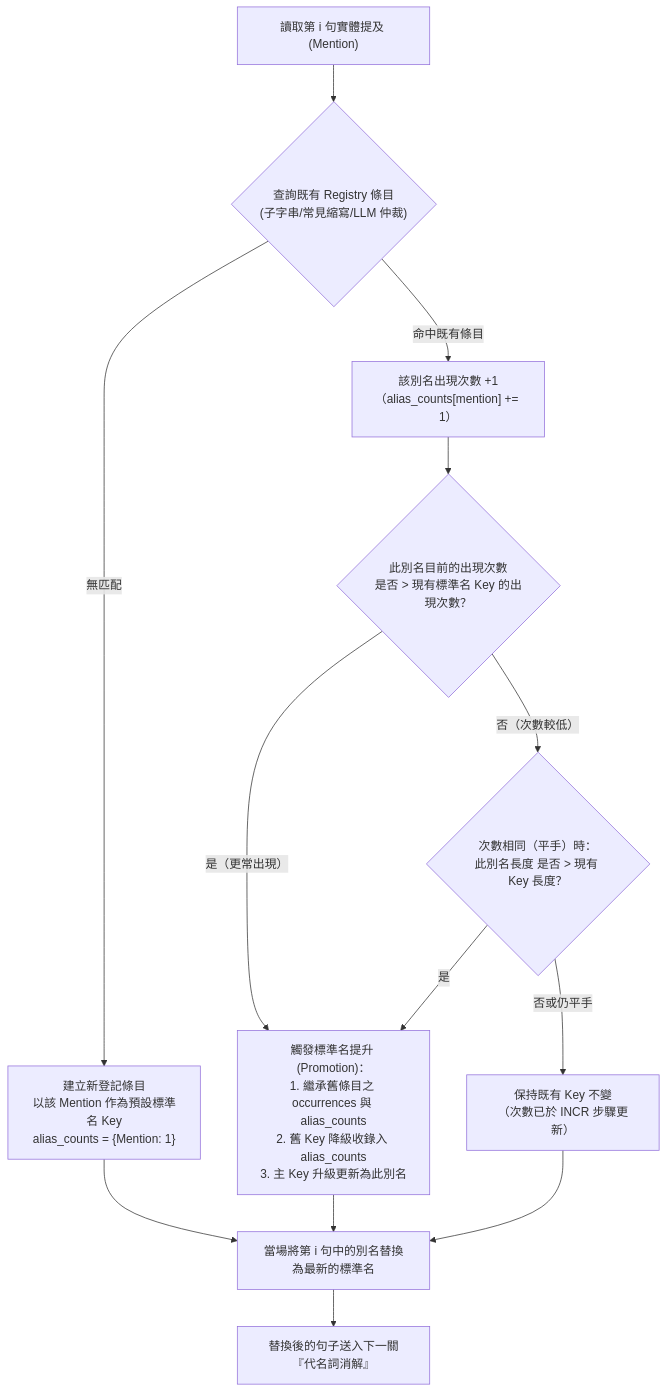
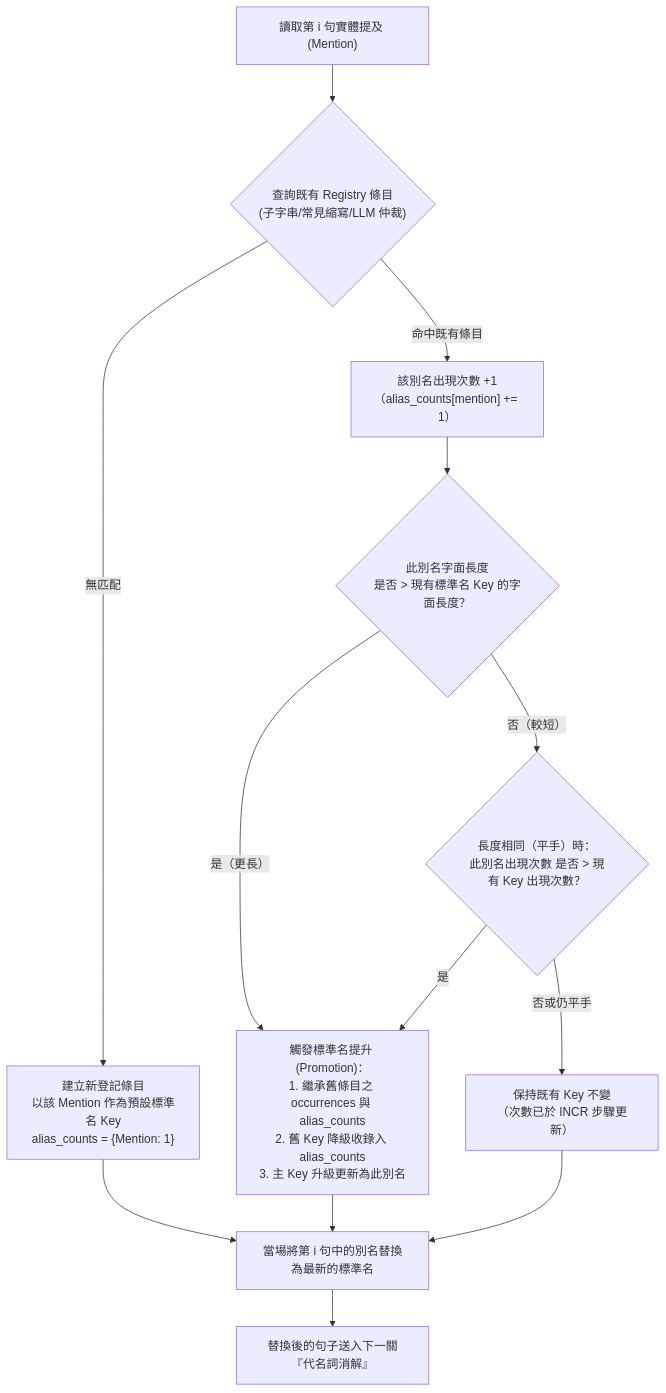
One commit to Chester930/world-knowledge-graph-rag changed the diagram in docs/報告/09_實體別名登記與動態標準名提升機制設計報告.md. Above: the diagram before and after it, drawn with Mermaid. The commit also changed other lines of this file and 6 other files, not shown here.

````diff
--- a/docs/報告/09_實體別名登記與動態標準名提升機制設計報告.md
+++ b/docs/報告/09_實體別名登記與動態標準名提升機制設計報告.md
@@ -57,19 +61,19 @@
 ```mermaid
 flowchart TD
     S["讀取第 i 句實體提及 (Mention)"] --> MATCH{"查詢既有 Registry 條目<br/>(子字串/常見縮寫/LLM 仲裁)"}
     
     MATCH -- "無匹配" --> NEW["建立新登記條目<br/>以該 Mention 作為預設標準名 Key<br/>alias_counts = {Mention: 1}"]
     MATCH -- "命中既有條目" --> INCR["該別名出現次數 +1<br/>（alias_counts[mention] += 1）"]
-    INCR --> COMPARE{"此別名目前的出現次數<br/>是否 > 現有標準名 Key 的出現次數？"}
+    INCR --> COMPARE{"此別名字面長度<br/>是否 > 現有標準名 Key 的字面長度？"}
     
-    COMPARE -- "是（更常出現）" --> PROMOTE["觸發標準名提升 (Promotion)：<br/>1. 繼承舊條目之 occurrences 與 alias_counts<br/>2. 舊 Key 降級收錄入 alias_counts<br/>3. 主 Key 升級更新為此別名"]
-    COMPARE -- "否（次數較低）" --> TIELEN{"次數相同（平手）時：<br/>此別名長度 是否 > 現有 Key 長度？"}
-    TIELEN -- "是" --> PROMOTE
-    TIELEN -- "否或仍平手" --> KEEP["保持既有 Key 不變<br/>（次數已於 INCR 步驟更新）"]
+    COMPARE -- "是（更長）" --> PROMOTE["觸發標準名提升 (Promotion)：<br/>1. 繼承舊條目之 occurrences 與 alias_counts<br/>2. 舊 Key 降級收錄入 alias_counts<br/>3. 主 Key 升級更新為此別名"]
+    COMPARE -- "否（較短）" --> TIEFREQ{"長度相同（平手）時：<br/>此別名出現次數 是否 > 現有 Key 出現次數？"}
+    TIEFREQ -- "是" --> PROMOTE
+    TIEFREQ -- "否或仍平手" --> KEEP["保持既有 Key 不變<br/>（次數已於 INCR 步驟更新）"]
     
     NEW --> REPLACE["當場將第 i 句中的別名替換為最新的標準名"]
     PROMOTE --> REPLACE
     KEEP --> REPLACE
     
     REPLACE --> NEXT["替換後的句子送入下一關『代名詞消解』"]
 ```
````
